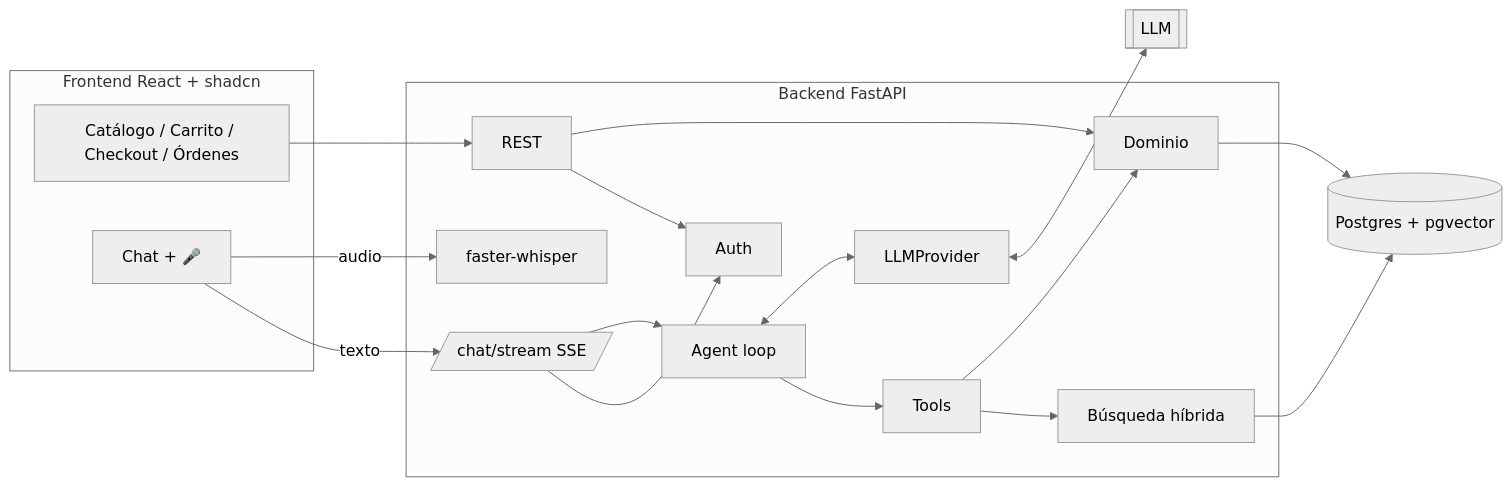
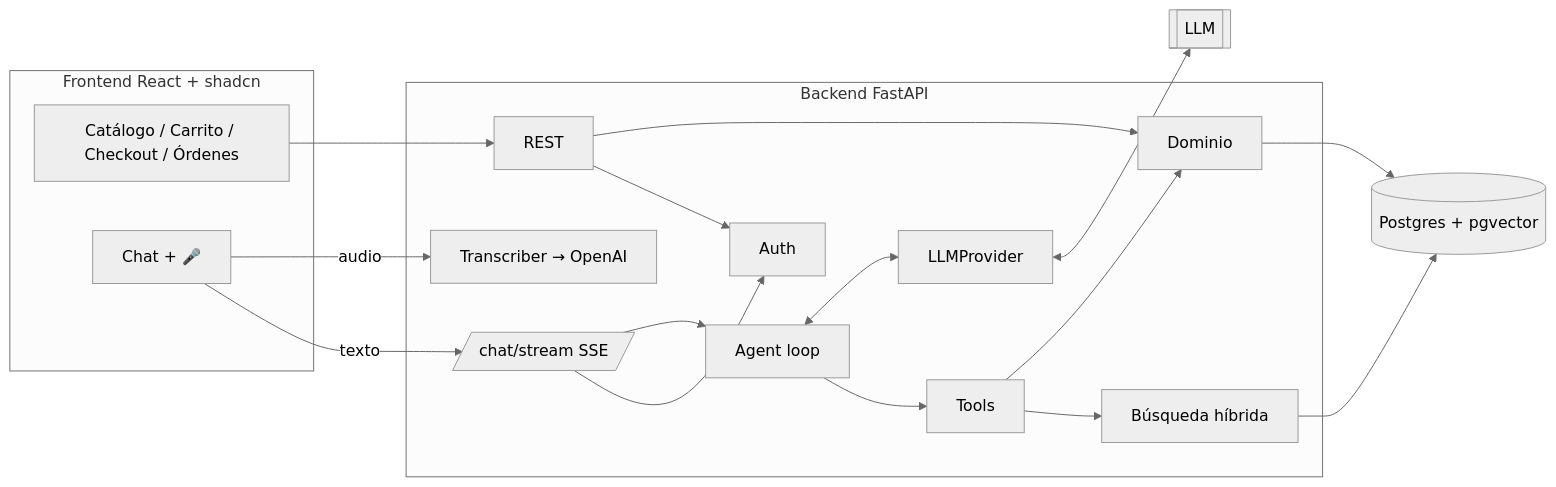
One commit to fabrizio-rar/obligatorio-ssd changed the second of 5 diagrams in docs/PLAN.md. Above: the diagram before and after it, drawn with Mermaid (neutral theme). The commit also changed other lines of this file and 2 other files, not shown here.

````diff
--- a/docs/PLAN.md
+++ b/docs/PLAN.md
@@ -573,27 +574,27 @@
 ```mermaid
 flowchart LR
   subgraph FE[Frontend React + shadcn]
     UI[Catálogo / Carrito / Checkout / Órdenes]
     CHAT[Chat + 🎤]
   end
   subgraph BE[Backend FastAPI]
     AUTH[Auth]
     API[REST]
     SSE[/chat/stream SSE/]
-    STT[faster-whisper]
+    STT[Transcriber → OpenAI]
     AG[Agent loop]
     TOOLS[Tools]
     DOM[Dominio]
     RET[Búsqueda híbrida]
     LLM[LLMProvider]
   end
   DB[(Postgres + pgvector)]
   MODEL[[LLM]]
   CHAT -- audio --> STT
   CHAT -- texto --> SSE --> AG
   AG <--> LLM <--> MODEL
   AG --> TOOLS --> DOM --> DB
   TOOLS --> RET --> DB
   UI --> API --> DOM
   API & SSE --> AUTH
 ```
````
